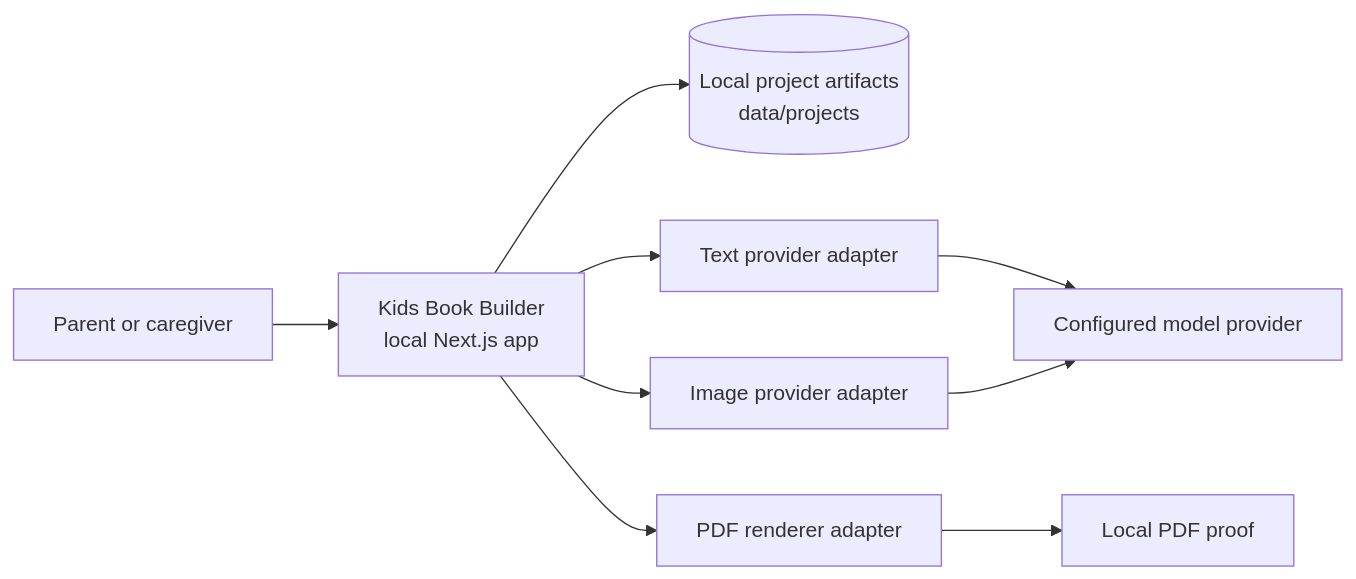
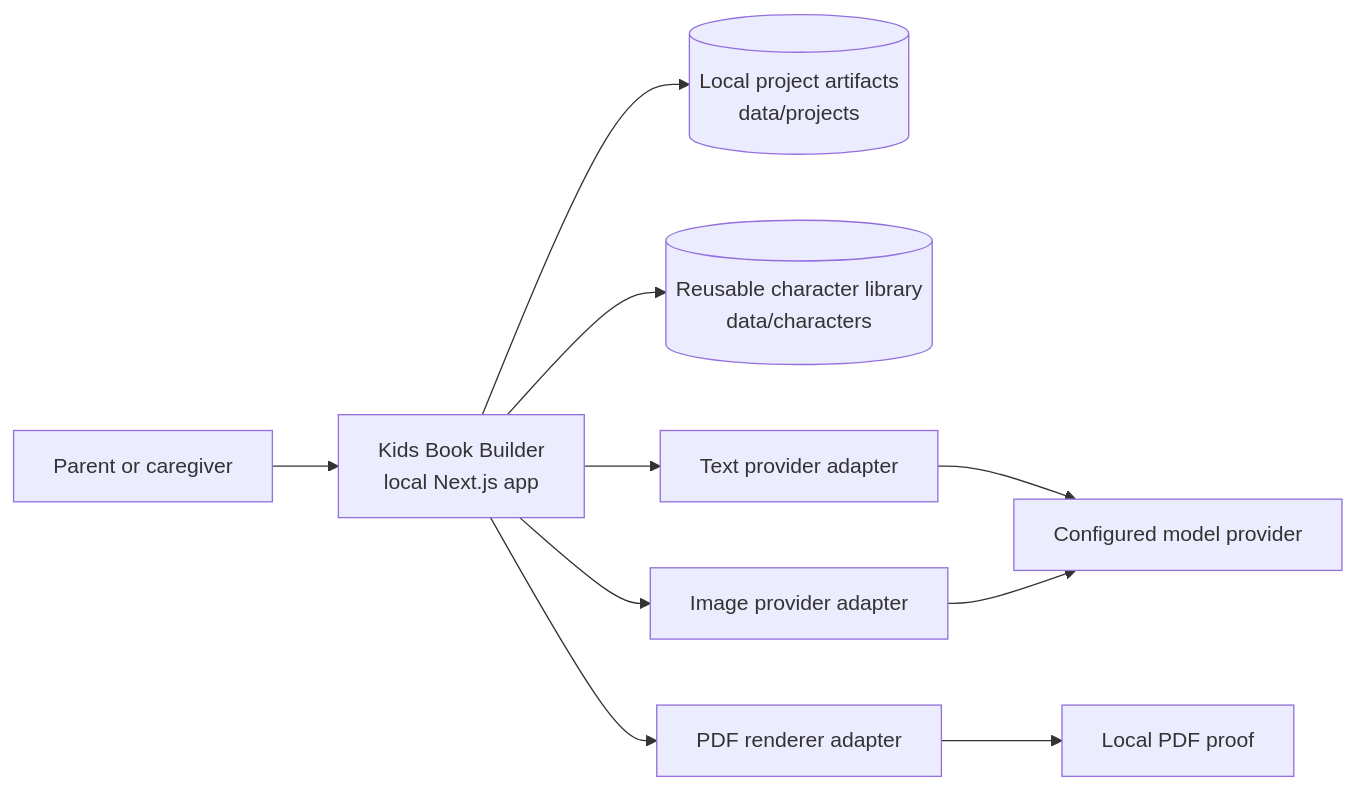
Before and after one commit to bhadrip/kids-book-gen: the first of 4 diagrams in ARCHITECTURE.md, drawn with Mermaid. The commit also changed other lines of this file and 21 other files, not shown here.

First line of the commit message:
Add reusable character library (#16)

````diff
--- a/ARCHITECTURE.md
+++ b/ARCHITECTURE.md
@@ -22,11 +22,12 @@
 ```mermaid
 flowchart LR
   Parent[Parent or caregiver] --> App[Kids Book Builder\nlocal Next.js app]
   App --> LocalData[(Local project artifacts\ndata/projects)]
+  App --> CharacterLibrary[(Reusable character library\ndata/characters)]
   App --> TextProvider[Text provider adapter]
   App --> ImageProvider[Image provider adapter]
   App --> PdfRenderer[PDF renderer adapter]
   TextProvider --> Model[Configured model provider]
   ImageProvider --> Model
   PdfRenderer --> Proof[Local PDF proof]
 ```
````
